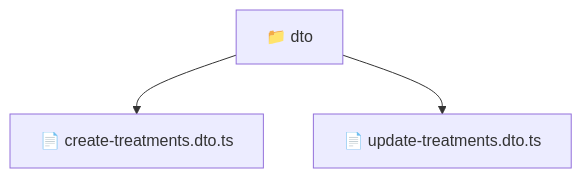
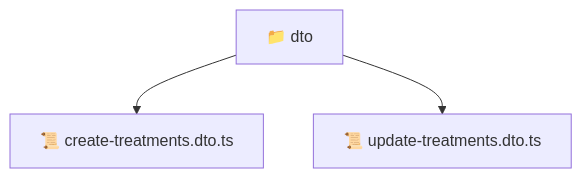
Before and after one commit to beginwebdev2002/fullstack-mavluda: the diagram in backend/src/modules/treatments/presentation/dto/README.md, drawn with Mermaid. The commit also changed other lines of this file and 163 other files, not shown here.

````diff
--- a/backend/src/modules/treatments/presentation/dto/README.md
+++ b/backend/src/modules/treatments/presentation/dto/README.md
@@ -9,6 +9,6 @@
 ```mermaid
 graph TD
-  Root["📁 dto"]
-  Root --> create_treatments_dto_ts["📄 create-treatments.dto.ts"]
-  Root --> update_treatments_dto_ts["📄 update-treatments.dto.ts"]
+  dto["📁 dto"]
+  dto --> create_treatments_dto_ts["📜 create-treatments.dto.ts"]
+  dto --> update_treatments_dto_ts["📜 update-treatments.dto.ts"]
 ```
````
